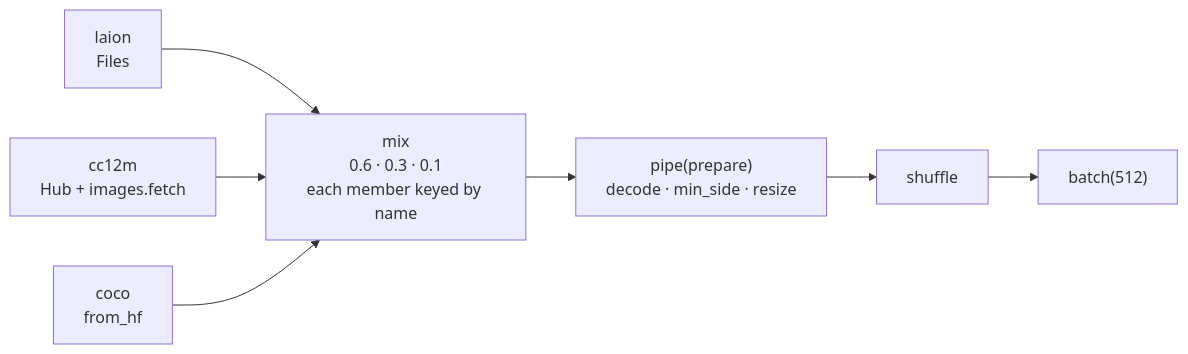
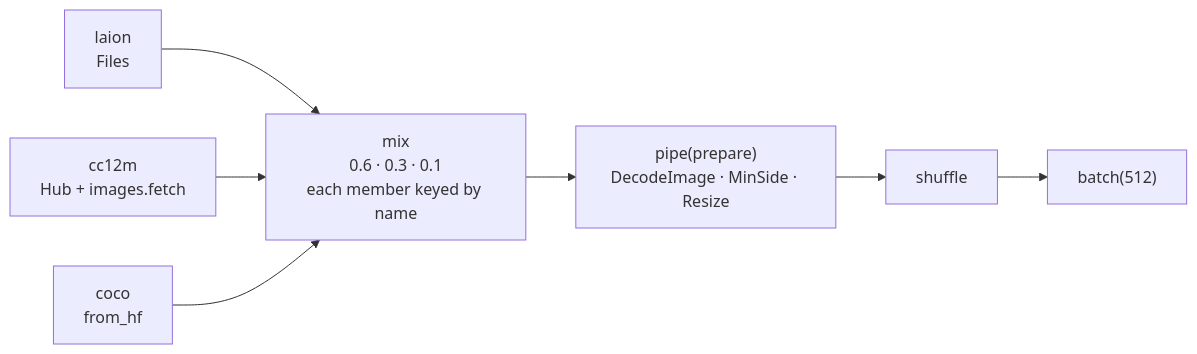
One commit to AshishKumar4/dew changed the third of 6 diagrams in docs/design/data.md. Above: the diagram before and after it, drawn with Mermaid. The commit also changed other lines of this file and 54 other files, not shown here.

````diff
--- a/docs/design/data.md
+++ b/docs/design/data.md
@@ -186,8 +186,8 @@
 ```mermaid
 flowchart LR
   L["laion<br/>Files"] --> M
   C["cc12m<br/>Hub + images.fetch"] --> M
   O["coco<br/>from_hf"] --> M
-  M["mix<br/>0.6 · 0.3 · 0.1<br/>each member keyed by name"] --> P["pipe(prepare)<br/>decode · min_side · resize"]
+  M["mix<br/>0.6 · 0.3 · 0.1<br/>each member keyed by name"] --> P["pipe(prepare)<br/>DecodeImage · MinSide · Resize"]
   P --> Sh["shuffle"] --> B["batch(512)"]
 ```
````
